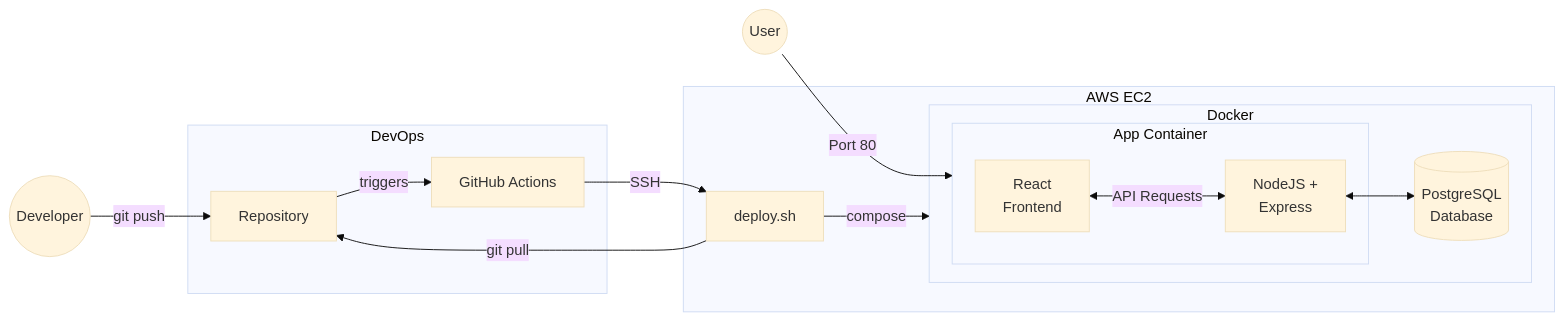
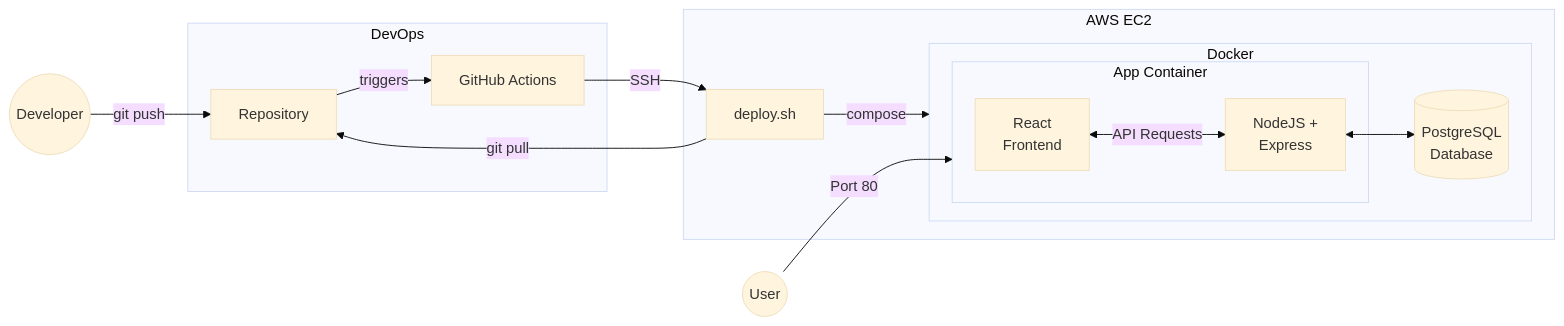
The diagram in README.md (jarkmaen/beatles-website), drawn with Mermaid (base theme) before and after one commit. The commit also changed other lines of this file, not shown here.

Commit message:
architecture diagram more readable [skip ci]

````diff
--- a/README.md
+++ b/README.md
@@ -7,34 +7,34 @@
 ```mermaid
 graph LR
     Developer((Developer))
     User((User))
 
     subgraph AWS [AWS EC2]
         Deploy[deploy.sh]
 
         subgraph Docker [Docker]
             subgraph Container [App Container]
                 Frontend[React<br/>Frontend]
                 Backend[NodeJS +<br/>Express]
             end
 
             DB[(PostgreSQL<br/>Database)]
         end
     end
 
     subgraph DevOps [DevOps]
         Repository[Repository]
         Actions[GitHub Actions]
     end
 
-    User -- "Port 80" --> Container
-
     Developer -- "git push" --> Repository
     Repository -- "triggers" --> Actions
     Actions -- "SSH" --> Deploy
     Deploy -- "git pull" --> Repository
     Deploy -- "compose" --> Docker
 
     Frontend <--> |"API Requests"| Backend
     Backend <--> DB
+
+    User -- "Port 80" --> Container
 ```
````
